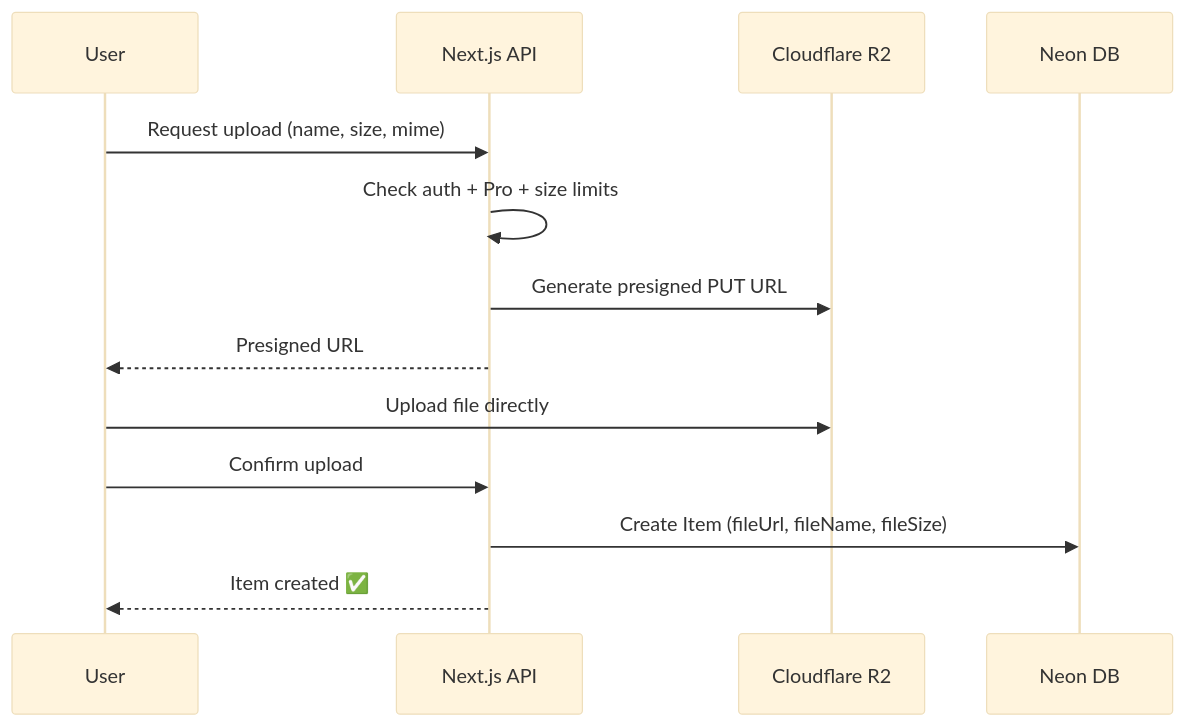
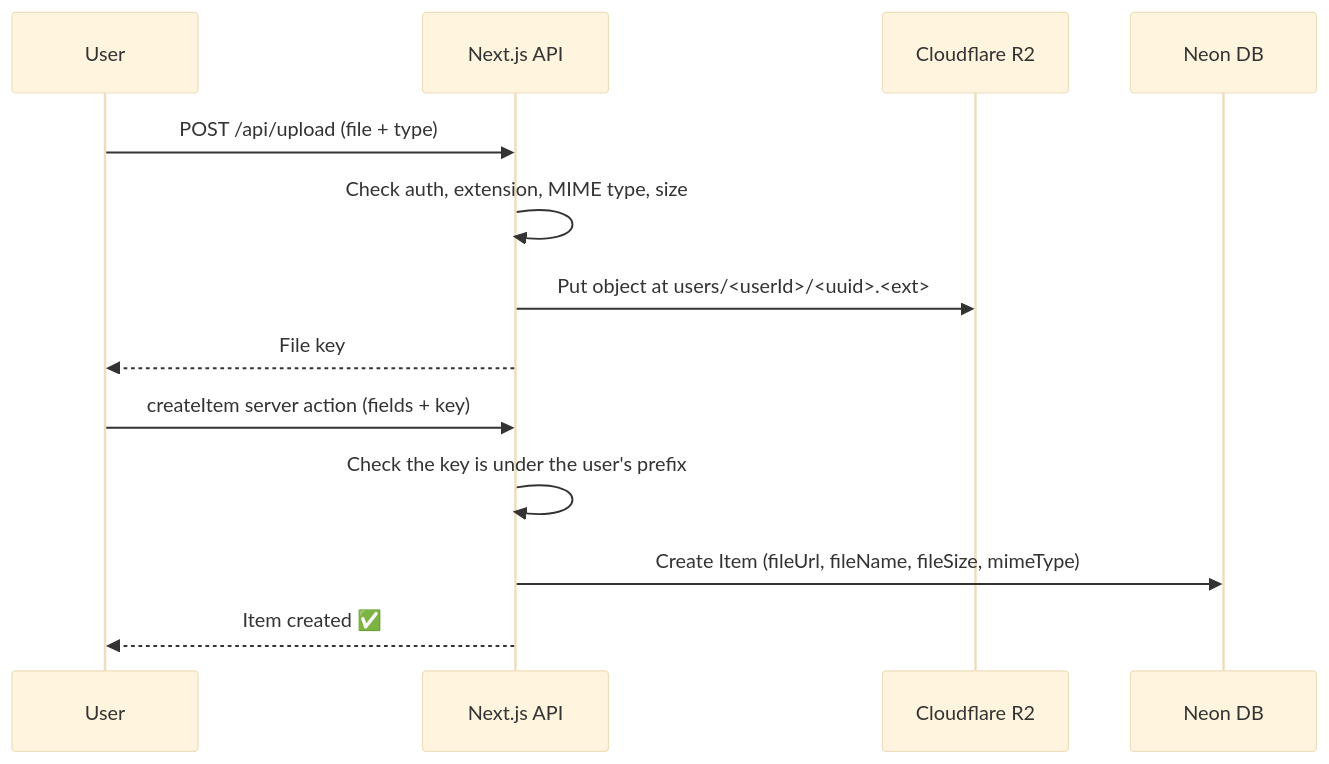
One commit to sardordev11/devlore changed the third of 3 diagrams in context/project-overview.md. Above: the diagram before and after it, drawn with Mermaid (base theme). The commit also changed other lines of this file, not shown here.

````diff
--- a/context/project-overview.md
+++ b/context/project-overview.md
@@ -524,16 +524,16 @@
 ```mermaid
 sequenceDiagram
     participant U as User
     participant A as Next.js API
     participant R as Cloudflare R2
     participant D as Neon DB
 
-    U->>A: Request upload (name, size, mime)
-    A->>A: Check auth + Pro + size limits
-    A->>R: Generate presigned PUT URL
-    A-->>U: Presigned URL
-    U->>R: Upload file directly
-    U->>A: Confirm upload
-    A->>D: Create Item (fileUrl, fileName, fileSize)
+    U->>A: POST /api/upload (file + type)
+    A->>A: Check auth, extension, MIME type, size
+    A->>R: Put object at users/<userId>/<uuid>.<ext>
+    A-->>U: File key
+    U->>A: createItem server action (fields + key)
+    A->>A: Check the key is under the user's prefix
+    A->>D: Create Item (fileUrl, fileName, fileSize, mimeType)
     A-->>U: Item created ✅
 ```
````
